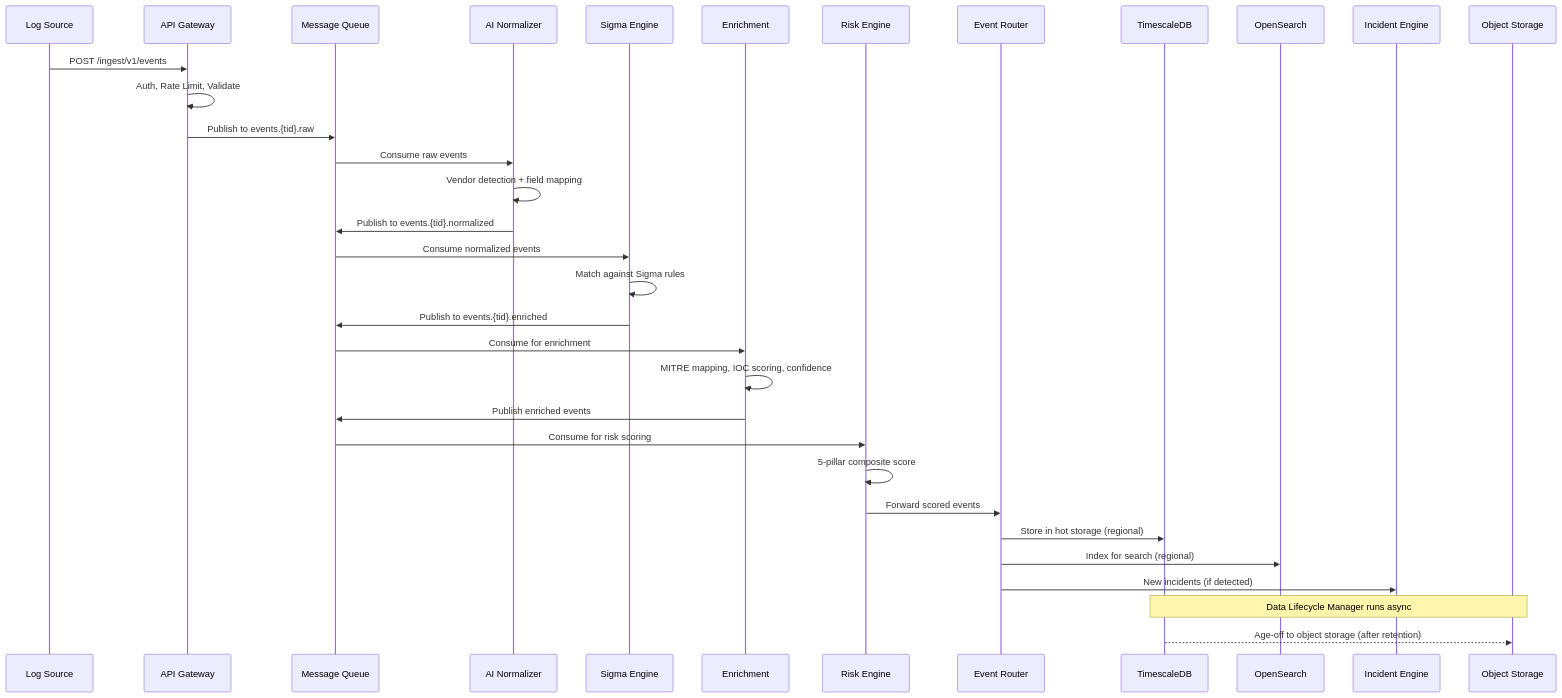
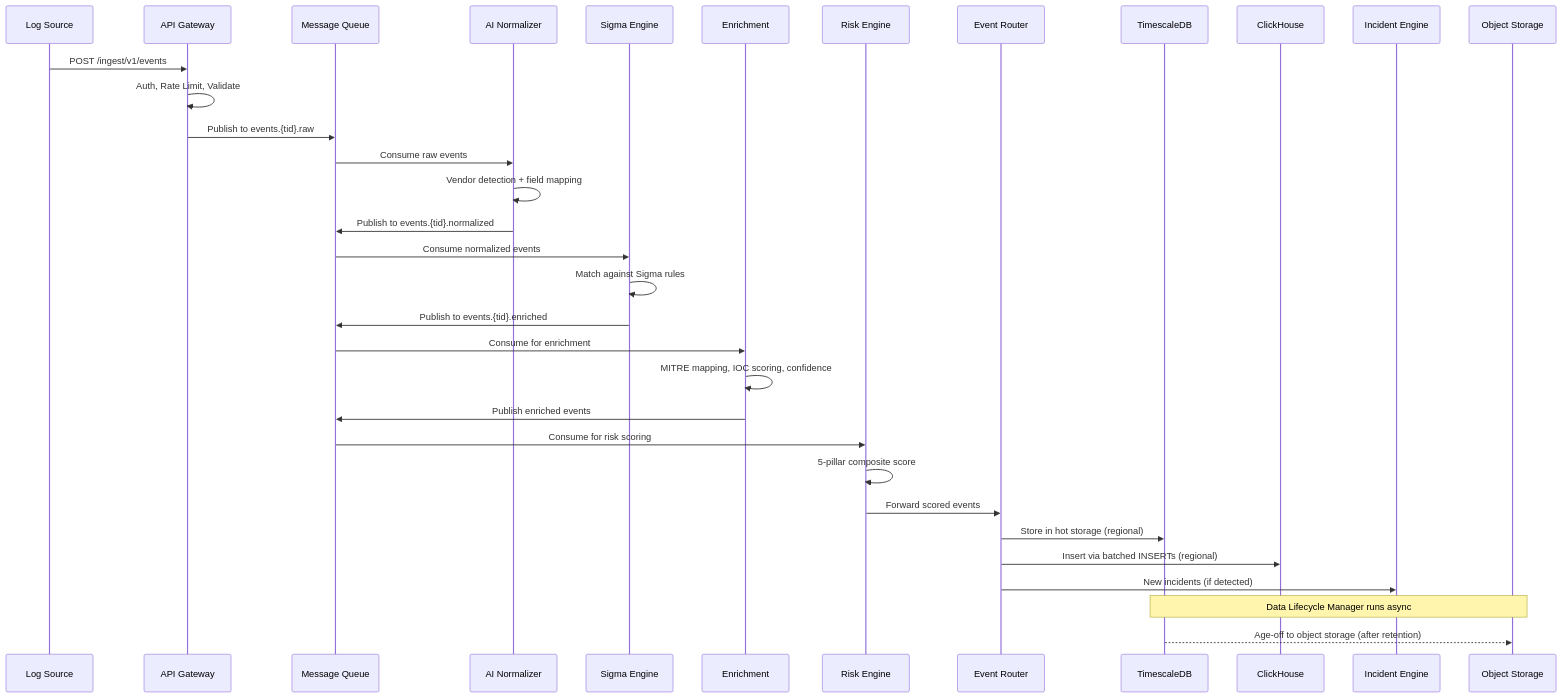
The fifth of 6 diagrams in ARCHITECTURE.md (dufense/CyInsight), drawn with Mermaid before and after one commit. The commit also changed other lines of this file and 133 other files, not shown here.

````diff
--- a/ARCHITECTURE.md
+++ b/ARCHITECTURE.md
@@ -652,36 +652,36 @@
 ```mermaid
 sequenceDiagram
     participant Source as Log Source
     participant GW as API Gateway
     participant MQ as Message Queue
     participant NRM as AI Normalizer
     participant SGM as Sigma Engine
     participant ENR as Enrichment
     participant RSK as Risk Engine
     participant RTR as Event Router
     participant TS as TimescaleDB
-    participant OS as OpenSearch
+    participant CH as ClickHouse
     participant INC as Incident Engine
     participant S3 as Object Storage
 
     Source->>GW: POST /ingest/v1/events
     GW->>GW: Auth, Rate Limit, Validate
     GW->>MQ: Publish to events.{tid}.raw
     MQ->>NRM: Consume raw events
     NRM->>NRM: Vendor detection + field mapping
     NRM->>MQ: Publish to events.{tid}.normalized
     MQ->>SGM: Consume normalized events
     SGM->>SGM: Match against Sigma rules
     SGM->>MQ: Publish to events.{tid}.enriched
     MQ->>ENR: Consume for enrichment
     ENR->>ENR: MITRE mapping, IOC scoring, confidence
     ENR->>MQ: Publish enriched events
     MQ->>RSK: Consume for risk scoring
     RSK->>RSK: 5-pillar composite score
     RSK->>RTR: Forward scored events
     RTR->>TS: Store in hot storage (regional)
-    RTR->>OS: Index for search (regional)
+    RTR->>CH: Insert via batched INSERTs (regional)
     RTR->>INC: New incidents (if detected)
     Note over TS,S3: Data Lifecycle Manager runs async
     TS-->>S3: Age-off to object storage (after retention)
 ```
````
